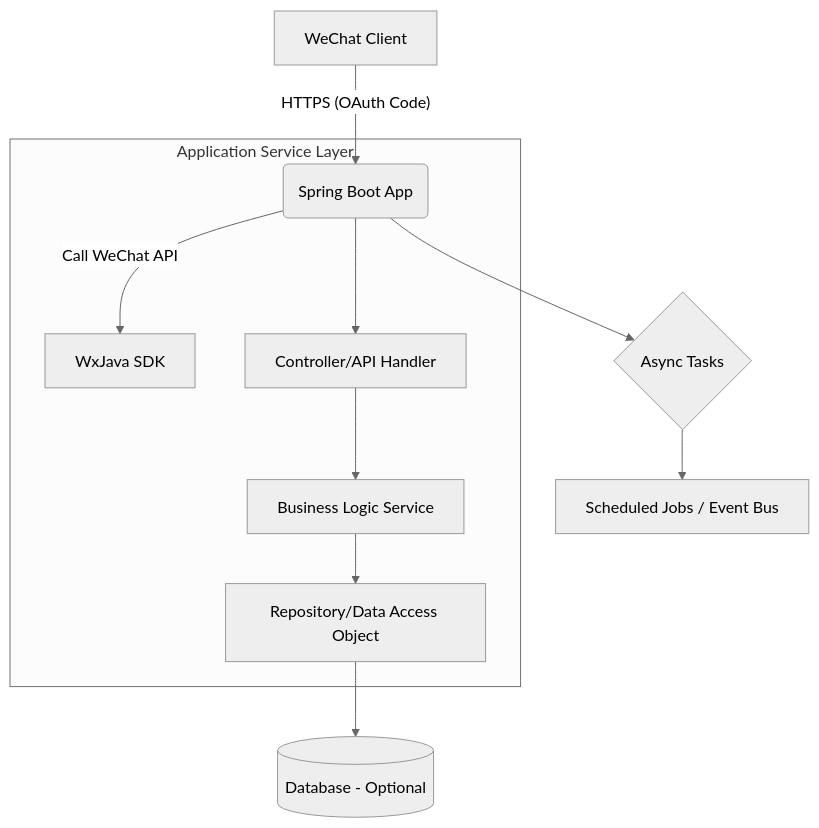
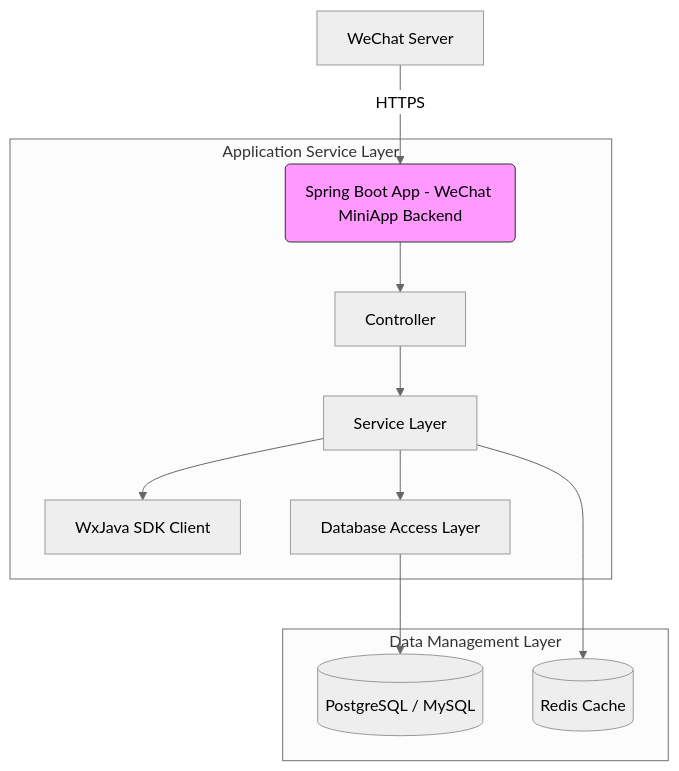
The diagram in docs/en/summary/system_architecture.md (v-wjrong/binary_weixin-java-miniapp-demo), drawn with Mermaid (neutral theme) before and after one commit. The commit also changed other lines of this file and 47 other files, not shown here.

````diff
--- a/docs/en/summary/system_architecture.md
+++ b/docs/en/summary/system_architecture.md
@@ -73,13 +85,18 @@
 ```mermaid
 graph TD
-    A[WeChat Client] -- HTTPS (OAuth Code) --> B(Spring Boot App)
+    A[WeChat Server] -- HTTPS --> B(Spring Boot App - WeChat MiniApp Backend)
+    
     subgraph Application Service Layer
-        B -- Call WeChat API --> C[WxJava SDK]
-        B --> D[Controller/API Handler]
-        D --> E[Business Logic Service]
-        E --> F[Repository/Data Access Object]
+        B --> C[Controller]
+        C --> D[Service Layer]
+        D --> E[WxJava SDK Client]
+        D --> F[Database Access Layer]
     end
-    F --> G[(Database - Optional)]
-    B --> H{Async Tasks}
-    H --> I[Scheduled Jobs / Event Bus]
+    
+    subgraph Data Management Layer
+        F --> G[(PostgreSQL / MySQL)]
+        D --> H[(Redis Cache)]
+    end
+    
+    style B fill:#f9f,stroke:#333
 ```
````
